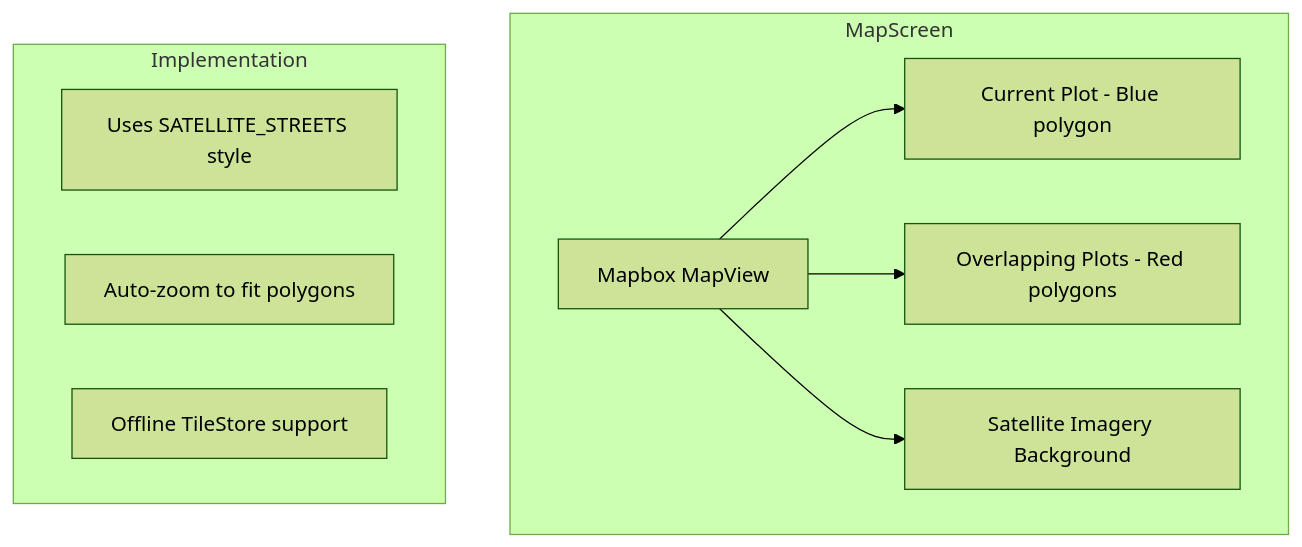
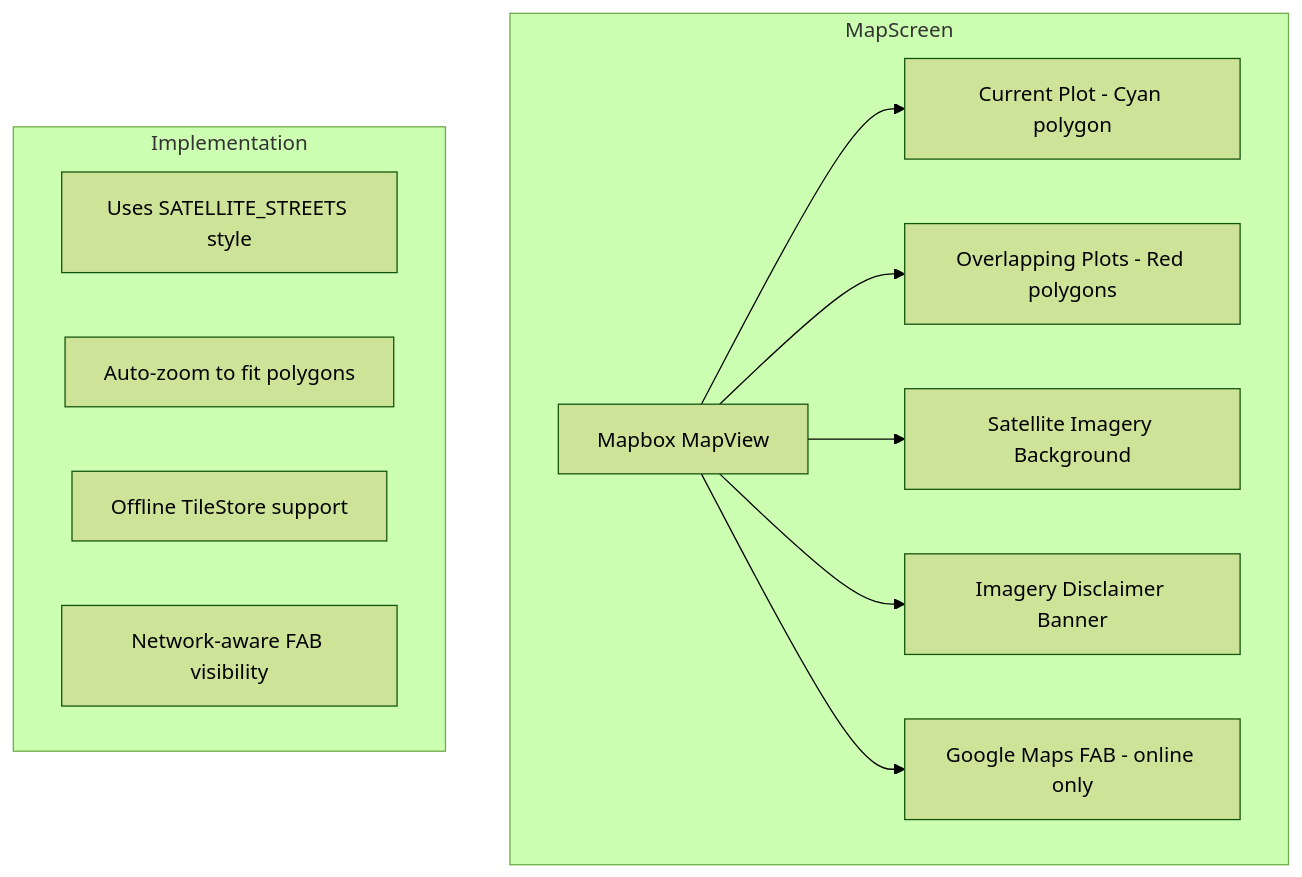
The sixth of 6 diagrams in docs/polygon-validation-implementation-plan.md (akvo/african-bamboo-odk-external-validations), drawn with Mermaid (forest theme) before and after one commit. The commit also changed other lines of this file and 1 other file, not shown here.

Commit message:
[#15] docs: update documentation for Google Maps fallback feature
- Update README.md with Google Maps FAB and imagery disclaimer features
- Update polygon-validation-implementation-plan.md Phase 4 checklist
- Fix color coding documentation (blue → cyan)

````diff
--- a/docs/polygon-validation-implementation-plan.md
+++ b/docs/polygon-validation-implementation-plan.md
@@ -183,19 +183,24 @@
 ```mermaid
 flowchart TB
     subgraph MapScreen
         A[Mapbox MapView]
-        B[Current Plot - Blue polygon]
+        B[Current Plot - Cyan polygon]
         C[Overlapping Plots - Red polygons]
         D[Satellite Imagery Background]
+        E[Imagery Disclaimer Banner]
+        F[Google Maps FAB - online only]
     end
 
     A --> B
     A --> C
     A --> D
+    A --> E
+    A --> F
 
     subgraph Implementation
-        F[Uses SATELLITE_STREETS style]
-        G[Auto-zoom to fit polygons]
-        H[Offline TileStore support]
+        G[Uses SATELLITE_STREETS style]
+        H[Auto-zoom to fit polygons]
+        I[Offline TileStore support]
+        J[Network-aware FAB visibility]
     end
 ```
````
